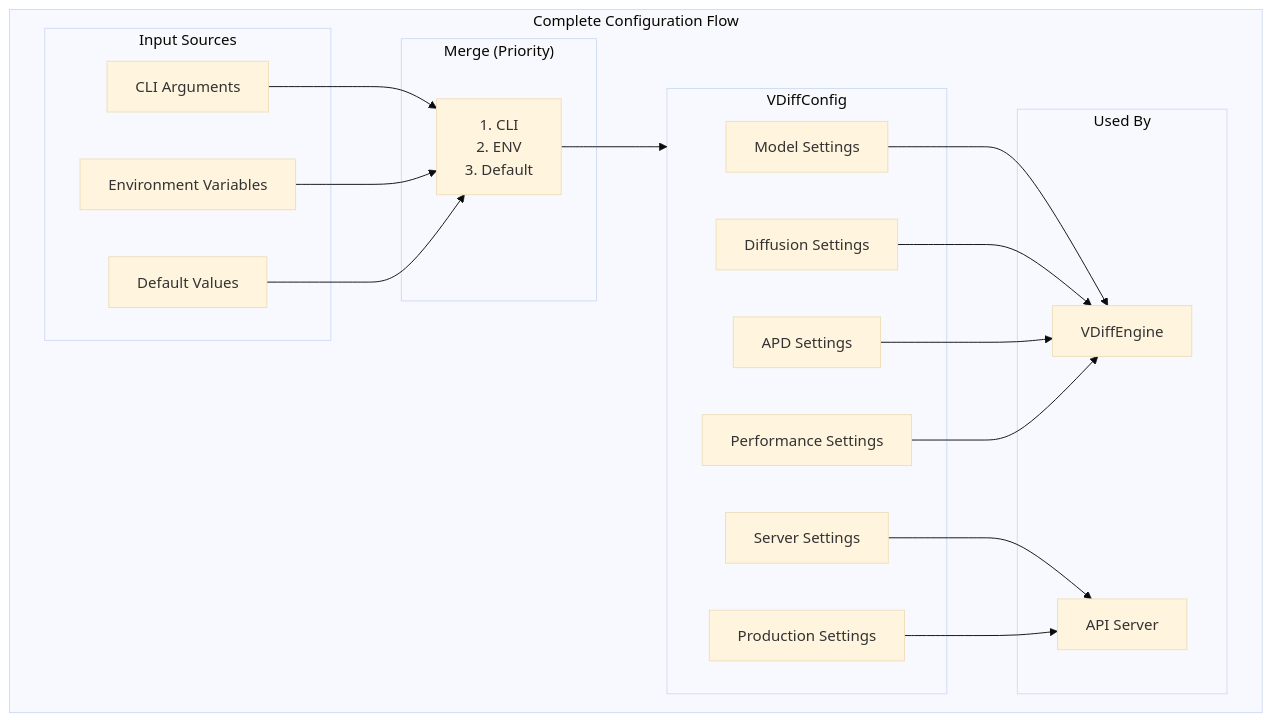
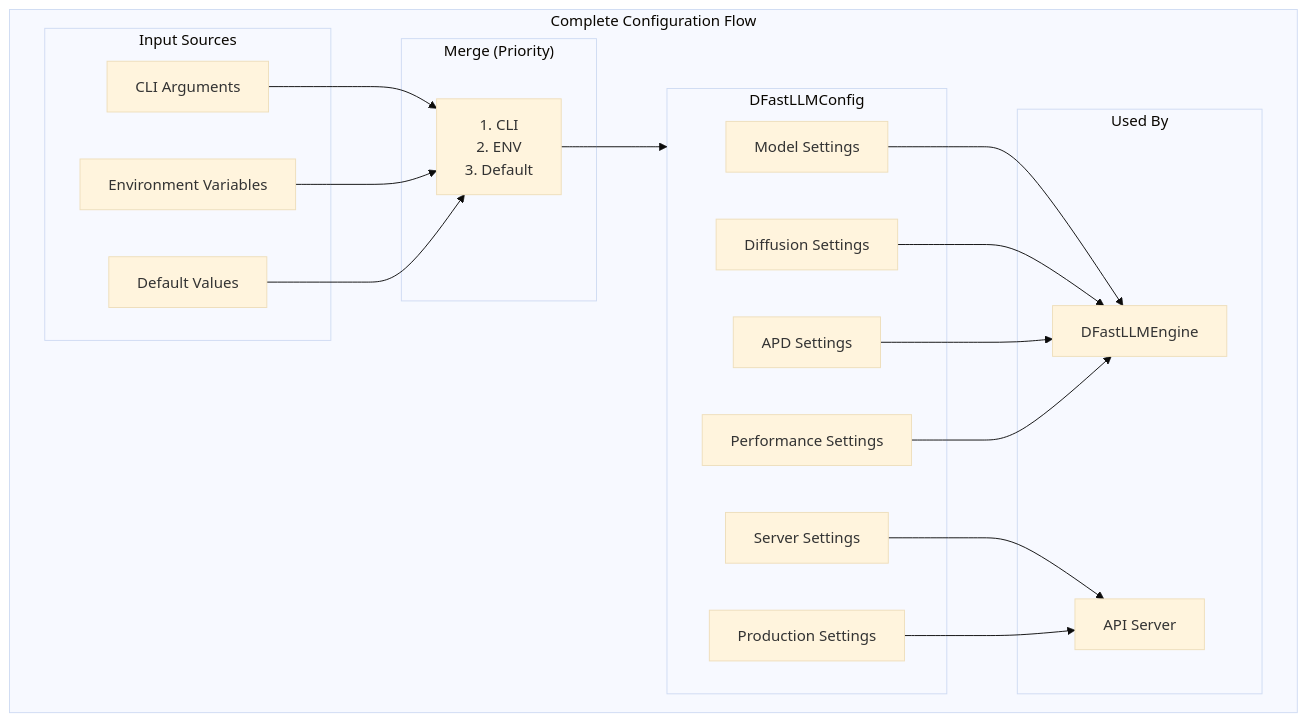
Before and after one commit to mwaykole/vdiff: the ninth of 10 diagrams in docs/dev-doc/08-config.md, drawn with Mermaid (base theme). The commit also changed other lines of this file and 53 other files, not shown here.

````diff
--- a/docs/dev-doc/08-config.md
+++ b/docs/dev-doc/08-config.md
@@ -278,39 +278,39 @@
 ```mermaid
 flowchart TB
     subgraph Config["Complete Configuration Flow"]
         subgraph Input["Input Sources"]
             CLI["CLI Arguments"]
             ENV["Environment Variables"]
             DEF["Default Values"]
         end
         
         subgraph Merge["Merge (Priority)"]
             M["1. CLI<br/>2. ENV<br/>3. Default"]
         end
         
-        subgraph VDC["VDiffConfig"]
+        subgraph VDC["DFastLLMConfig"]
             MODEL["Model Settings"]
             SERVER["Server Settings"]
             DIFF["Diffusion Settings"]
             APD["APD Settings"]
             PROD["Production Settings"]
             PERF["Performance Settings"]
         end
         
         subgraph Use["Used By"]
-            ENG["VDiffEngine"]
+            ENG["DFastLLMEngine"]
             API["API Server"]
         end
     end
     
     CLI --> M
     ENV --> M
     DEF --> M
     M --> VDC
     MODEL --> ENG
     SERVER --> API
     DIFF --> ENG
     APD --> ENG
     PROD --> API
     PERF --> ENG
 ```
````
